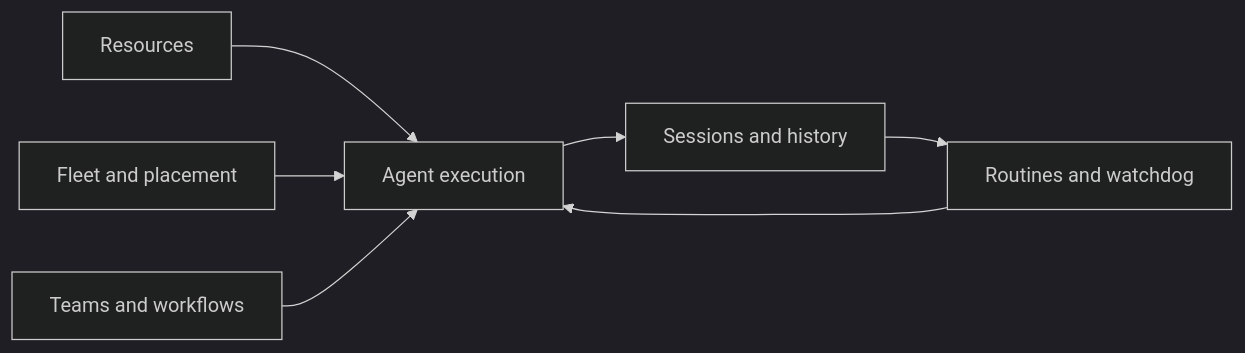
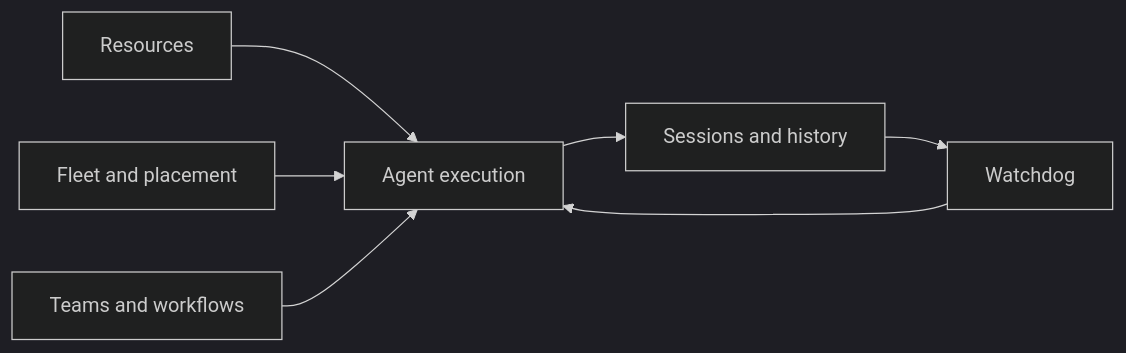
Before and after one commit to phnx-labs/agi-cli: the diagram in cli/docs/concepts.md, drawn with Mermaid (dark theme). The commit also changed other lines of this file and 224 other files, not shown here.

````diff
--- a/cli/docs/concepts.md
+++ b/cli/docs/concepts.md
@@ -7,9 +7,9 @@
 ```mermaid
 flowchart LR
   R[Resources] --> E[Agent execution]
   E --> S[Sessions and history]
   F[Fleet and placement] --> E
   T[Teams and workflows] --> E
-  A[Routines and watchdog] --> E
+  A[Watchdog] --> E
   S --> A
 ```
````
